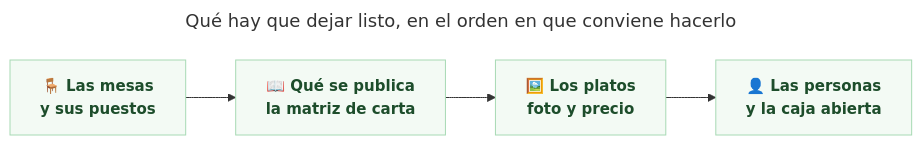
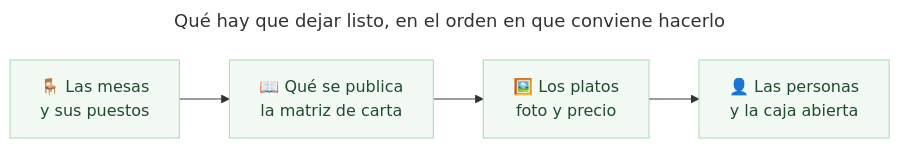
One commit to sotobotero/sotobotero-projects-docs changed the diagram in ada/qa/restaurante-configuracion.md. Above: the diagram before and after it, drawn with Mermaid. The commit also changed 6 other files, not shown here.

````diff
--- a/ada/qa/restaurante-configuracion.md
+++ b/ada/qa/restaurante-configuracion.md
@@ -11,14 +11,14 @@
 ```mermaid
 ---
 title: Qué hay que dejar listo, en el orden en que conviene hacerlo
 ---
 flowchart LR
     A["🪑 Las mesas<br/>y sus puestos"]:::paso
     B["📖 Qué se publica<br/>la matriz de carta"]:::paso
     C["🖼️ Los platos<br/>foto y precio"]:::paso
     D["👤 Las personas<br/>y la caja abierta"]:::paso
 
     A --> B --> C --> D
 
-    classDef paso fill:#f3faf4,stroke:#a7d9b4,stroke-width:1px,color:#1d4d2b,font-size:15px,font-weight:600
+    classDef paso fill:#f3faf4,stroke:#a7d9b4,stroke-width:1px,color:#1d4d2b
 ```
````
